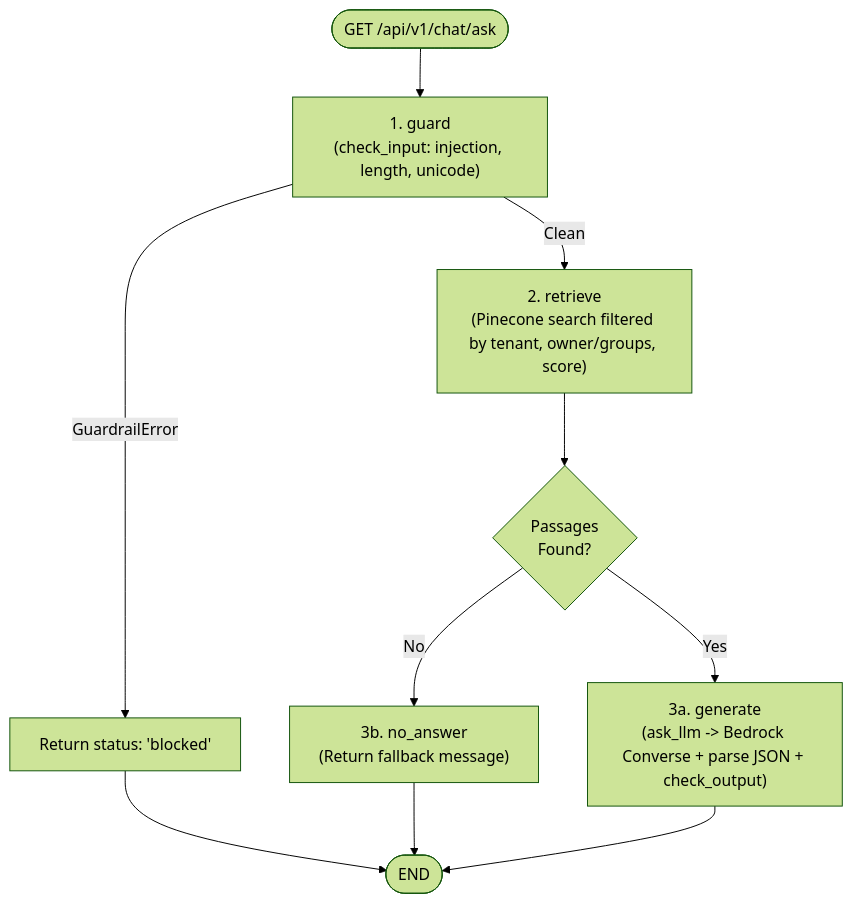
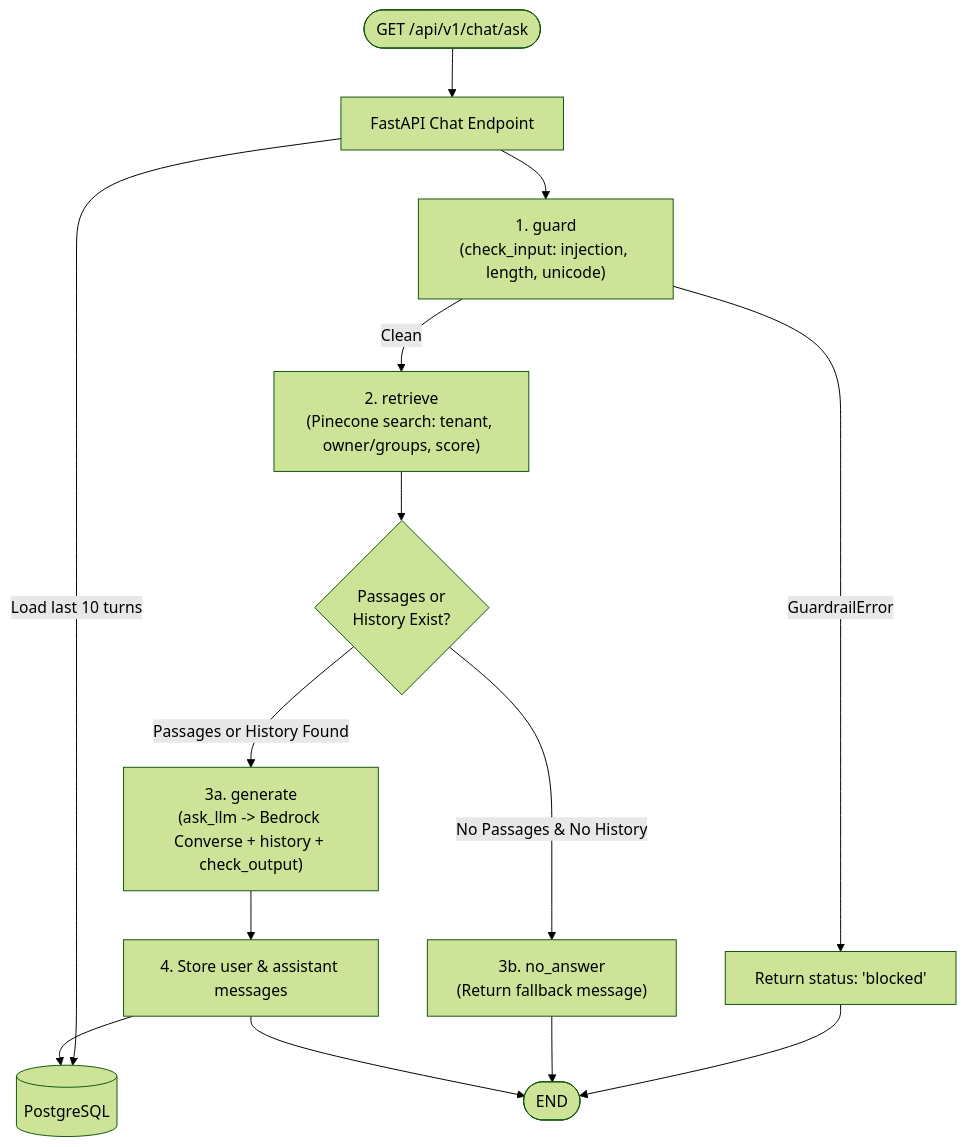
Before and after one commit to LokeshSingh07/DocSage-RAG-System: the second of 2 diagrams in README.md, drawn with Mermaid (forest theme). The commit also changed other lines of this file, not shown here.

Commit message:
docs: update README to enhance clarity and detail on system architecture and features

````diff
--- a/README.md
+++ b/README.md
@@ -23,11 +27,14 @@
 ```mermaid
 flowchart TD
-    User(["GET /api/v1/chat/ask"]) --> Guard["1. guard\n(check_input: injection, length, unicode)"]
+    User(["GET /api/v1/chat/ask"]) --> API[FastAPI Chat Endpoint]
+    API -->|Load last 10 turns| DB[(PostgreSQL)]
+    API --> Guard["1. guard\n(check_input: injection, length, unicode)"]
     Guard -- GuardrailError --> Blocked["Return status: 'blocked'"] --> END([END])
-    Guard -- Clean --> Retrieve["2. retrieve\n(Pinecone search filtered by tenant, owner/groups, score)"]
+    Guard -- Clean --> Retrieve["2. retrieve\n(Pinecone search: tenant, owner/groups, score)"]
 
-    Retrieve --> Check{"Passages\nFound?"}
-    Check -- No --> NoAnswer["3b. no_answer\n(Return fallback message)"] --> END
-    Check -- Yes --> Generate["3a. generate\n(ask_llm -> Bedrock Converse + parse JSON + check_output)"]
-    Generate --> END
+    Retrieve --> Check{"Passages or\nHistory Exist?"}
+    Check -- No Passages & No History --> NoAnswer["3b. no_answer\n(Return fallback message)"] --> END
+    Check -- Passages or History Found --> Generate["3a. generate\n(ask_llm -> Bedrock Converse + history + check_output)"]
+    Generate --> Save["4. Store user & assistant messages"] --> DB
+    Save --> END
 ```
````
